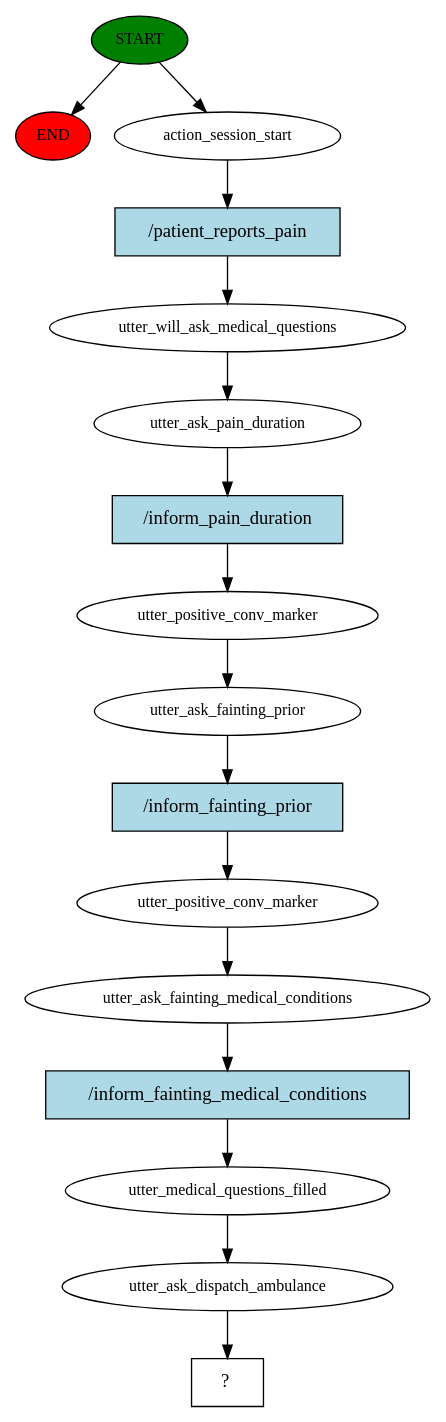
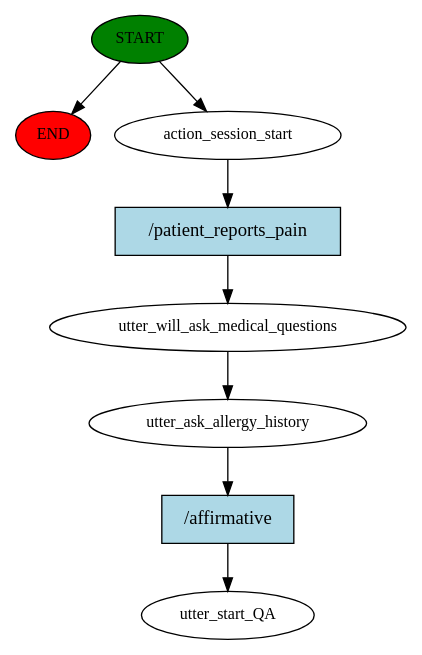
One commit to halixness/HMD-Dispatcher changed the diagram in story_graph.dot. Above: the diagram before and after it, drawn with Graphviz. The commit also changed 4 other files, not shown here.

```diff
--- a/story_graph.dot
+++ b/story_graph.dot
@@ -1,33 +1,17 @@
 digraph  {
 0 [class="start active", fillcolor=green, fontsize=12, label=START, style=filled];
 "-1" [class=end, fillcolor=red, fontsize=12, label=END, style=filled];
 1 [class=active, fontsize=12, label=action_session_start];
 2 [class=active, fontsize=12, label=utter_will_ask_medical_questions];
-3 [class=active, fontsize=12, label=utter_ask_pain_duration];
-4 [class=active, fontsize=12, label=utter_positive_conv_marker];
-5 [class=active, fontsize=12, label=utter_ask_fainting_prior];
-6 [class=active, fontsize=12, label=utter_positive_conv_marker];
-7 [class=active, fontsize=12, label=utter_ask_fainting_medical_conditions];
-8 [class=active, fontsize=12, label=utter_medical_questions_filled];
-9 [class=active, fontsize=12, label=utter_ask_dispatch_ambulance];
-10 [class="intent dashed active", label="  ?  ", shape=rect];
-11 [class="intent active", fillcolor=lightblue, label="/patient_reports_pain", shape=rect, style=filled];
-12 [class="intent active", fillcolor=lightblue, label="/inform_pain_duration", shape=rect, style=filled];
-13 [class="intent active", fillcolor=lightblue, label="/inform_fainting_prior", shape=rect, style=filled];
-14 [class="intent active", fillcolor=lightblue, label="/inform_fainting_medical_conditions", shape=rect, style=filled];
+3 [class=active, fontsize=12, label=utter_ask_allergy_history];
+4 [class="dashed active", fontsize=12, label=utter_start_QA];
+5 [class="intent active", fillcolor=lightblue, label="/patient_reports_pain", shape=rect, style=filled];
+6 [class="intent active", fillcolor=lightblue, label="/affirmative", shape=rect, style=filled];
 0 -> "-1"  [class="", key=NONE, label=""];
 0 -> 1  [class=active, key=NONE, label=""];
-1 -> 11  [class=active, key=0];
+1 -> 5  [class=active, key=0];
 2 -> 3  [class=active, key=NONE, label=""];
-3 -> 12  [class=active, key=0];
-4 -> 5  [class=active, key=NONE, label=""];
-5 -> 13  [class=active, key=0];
-6 -> 7  [class=active, key=NONE, label=""];
-7 -> 14  [class=active, key=0];
-8 -> 9  [class=active, key=NONE, label=""];
-9 -> 10  [class=active, key=NONE, label=""];
-11 -> 2  [class=active, key=0];
-12 -> 4  [class=active, key=0];
-13 -> 6  [class=active, key=0];
-14 -> 8  [class=active, key=0];
+3 -> 6  [class=active, key=0];
+5 -> 2  [class=active, key=0];
+6 -> 4  [class=active, key=0];
 }
```
